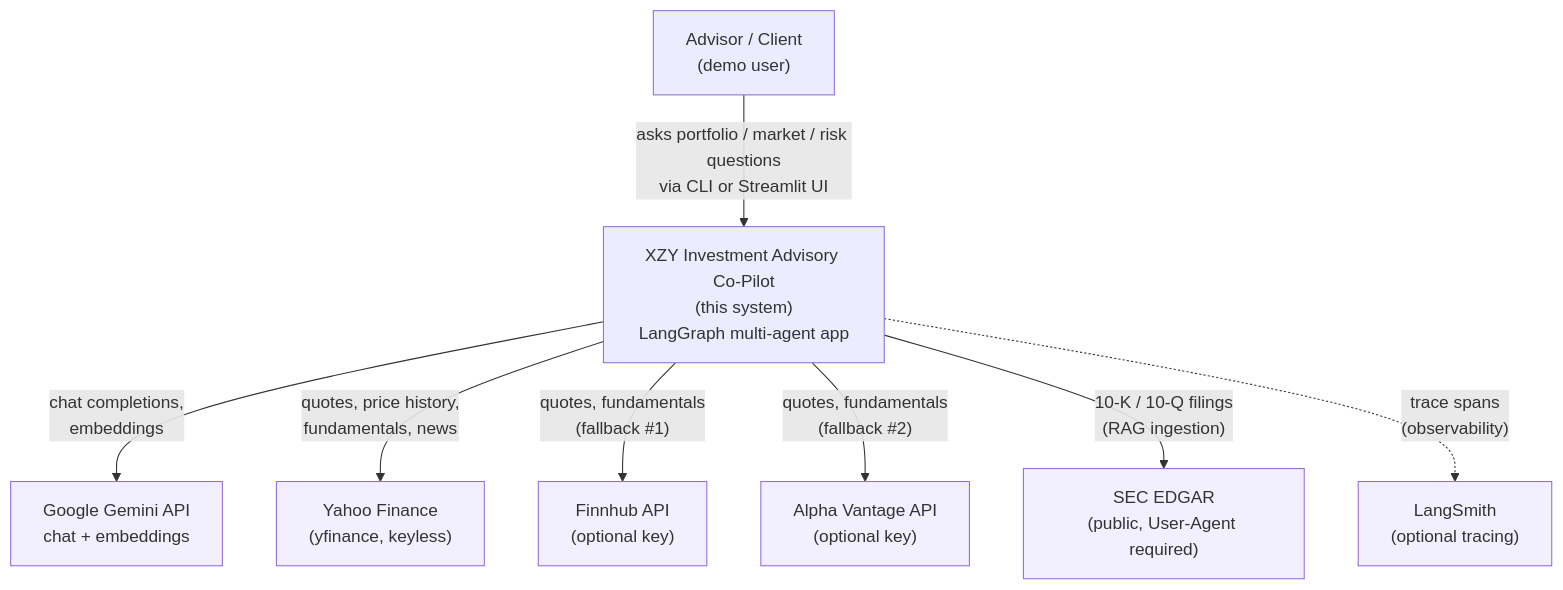
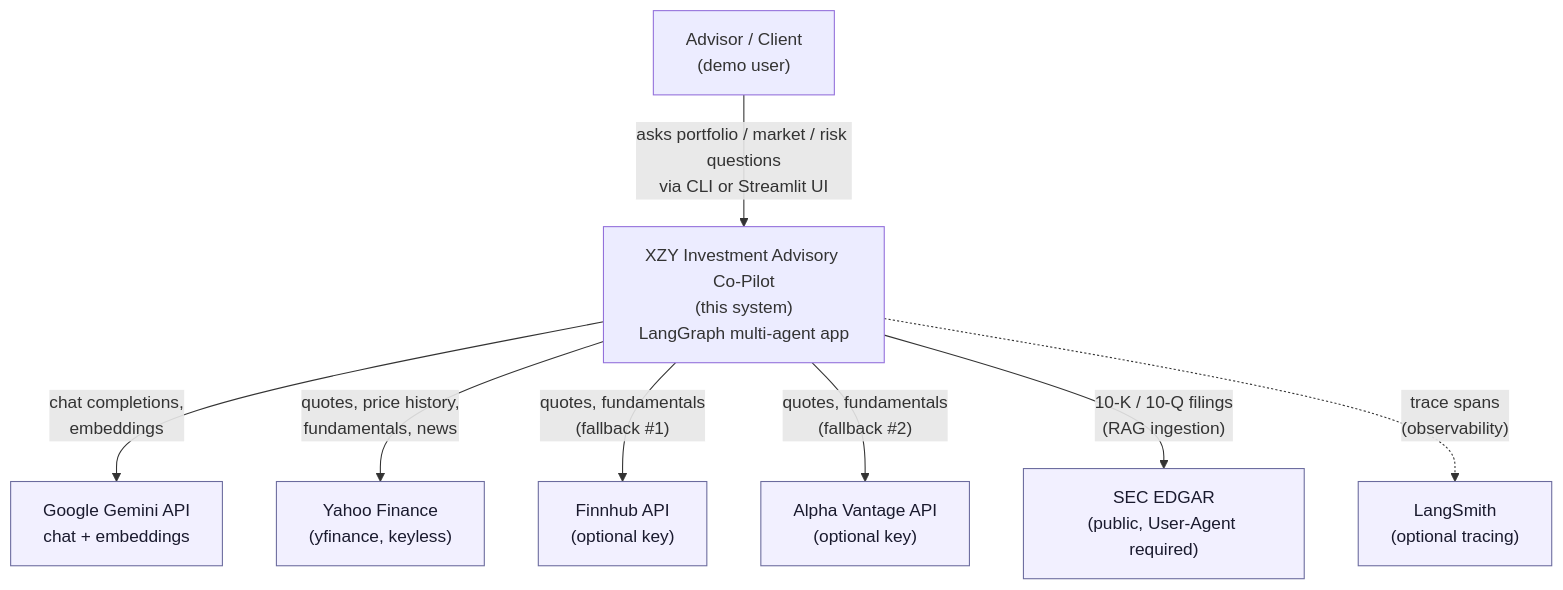
One commit to Algo-Voyager/investment-advisory-multi-agent changed the first of 3 diagrams in docs/architecture.md. Above: the diagram before and after it, drawn with Mermaid. The commit also changed other lines of this file and 2 other files, not shown here.

````diff
--- a/docs/architecture.md
+++ b/docs/architecture.md
@@ -9,22 +9,22 @@
 ```mermaid
 graph TD
     advisor["Advisor / Client<br/>(demo user)"]
     copilot["XZY Investment Advisory Co-Pilot<br/>(this system)<br/>LangGraph multi-agent app"]
     gemini["Google Gemini API<br/>chat + embeddings"]
     yfinance["Yahoo Finance<br/>(yfinance, keyless)"]
     finnhub["Finnhub API<br/>(optional key)"]
     alphavantage["Alpha Vantage API<br/>(optional key)"]
     secedgar["SEC EDGAR<br/>(public, User-Agent required)"]
     langsmith["LangSmith<br/>(optional tracing)"]
 
     advisor -->|"asks portfolio / market / risk questions<br/>via CLI or Streamlit UI"| copilot
     copilot -->|"chat completions,<br/>embeddings"| gemini
     copilot -->|"quotes, price history,<br/>fundamentals, news"| yfinance
     copilot -->|"quotes, fundamentals<br/>(fallback #1)"| finnhub
     copilot -->|"quotes, fundamentals<br/>(fallback #2)"| alphavantage
     copilot -->|"10-K / 10-Q filings<br/>(RAG ingestion)"| secedgar
     copilot -.->|"trace spans<br/>(observability)"| langsmith
 
-    classDef ext fill:#f2f0ff
+    classDef ext fill:#f2f0ff,color:#1a1a2e,stroke:#6b6b9e,stroke-width:1px
     class gemini,yfinance,finnhub,alphavantage,secedgar,langsmith ext
 ```
````
